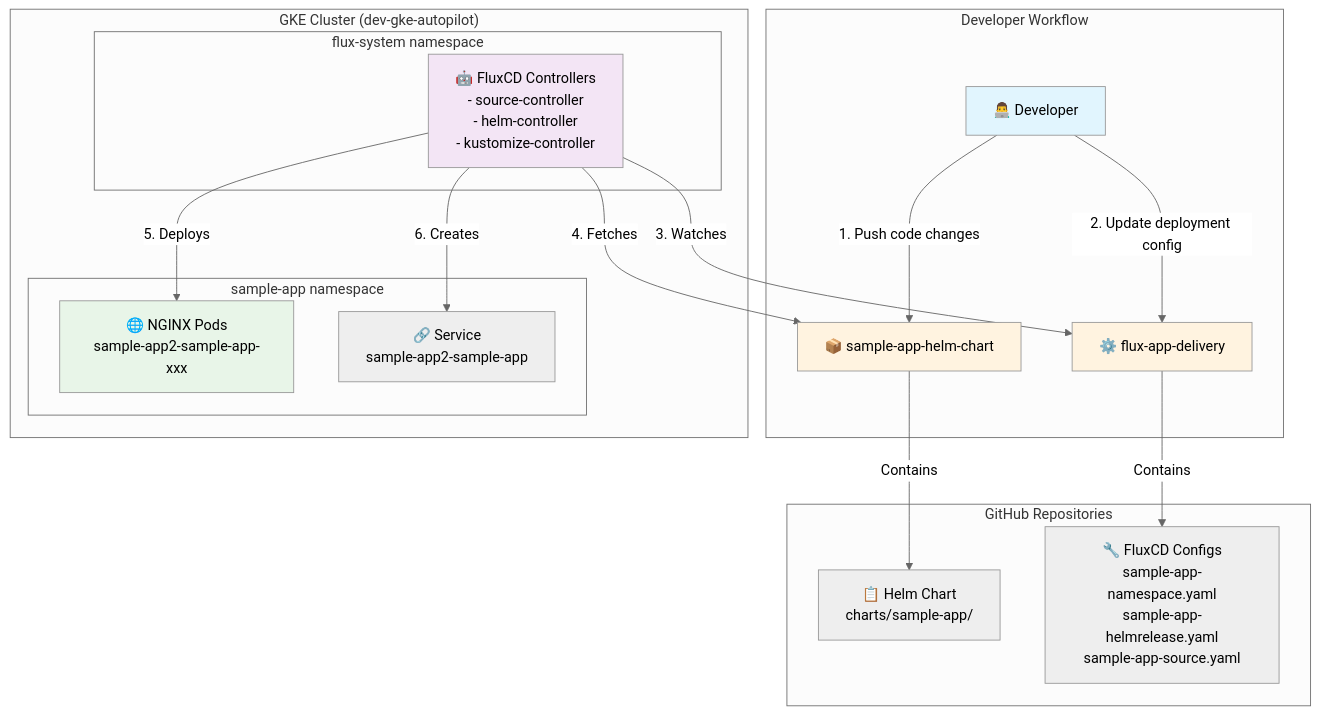
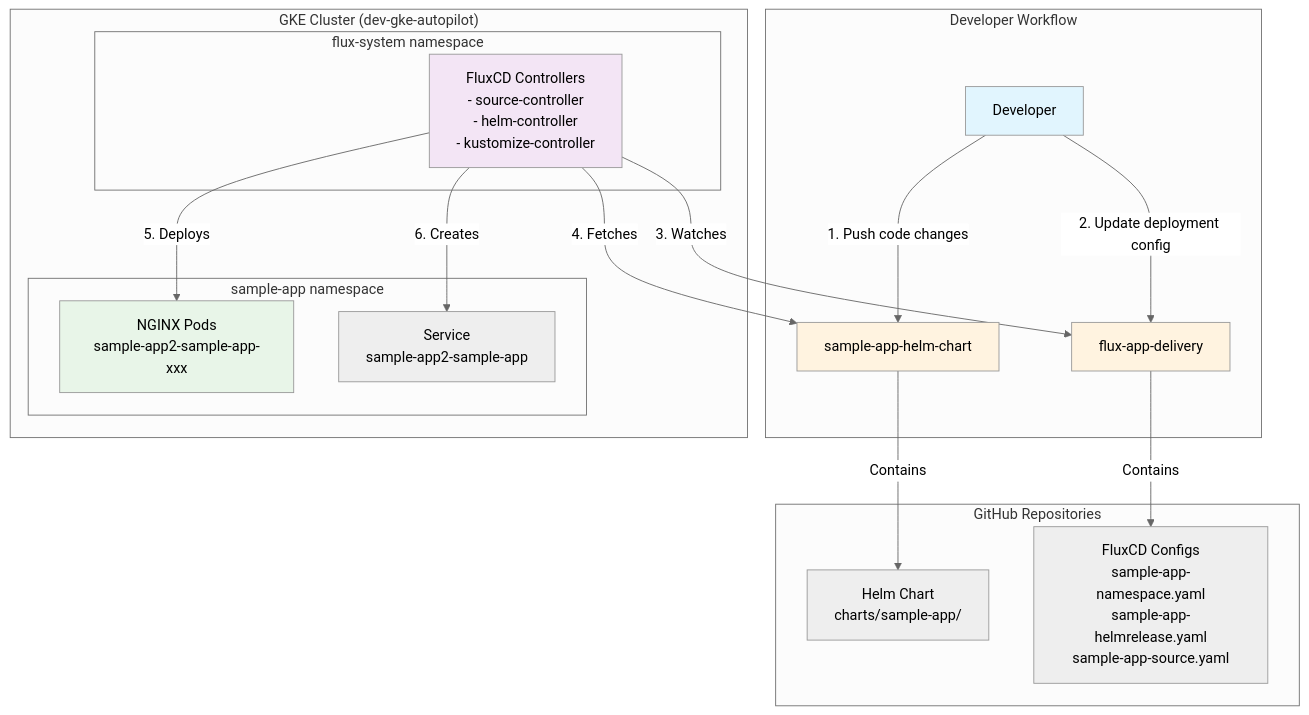
The first of 4 diagrams in demo-diagrams/gitops-workflow.md (paraskanwarit/fluxcd-gitops), drawn with Mermaid (neutral theme) before and after one commit. The commit also changed other lines of this file and 4 other files, not shown here.

````diff
--- a/demo-diagrams/gitops-workflow.md
+++ b/demo-diagrams/gitops-workflow.md
@@ -5,34 +5,34 @@
 ```mermaid
 graph TB
     subgraph "Developer Workflow"
-        DEV[👨‍💻 Developer] --> |1. Push code changes| HELM_REPO[📦 sample-app-helm-chart]
-        DEV --> |2. Update deployment config| FLUX_REPO[⚙️ flux-app-delivery]
+        DEV[Developer] --> |1. Push code changes| HELM_REPO[sample-app-helm-chart]
+        DEV --> |2. Update deployment config| FLUX_REPO[flux-app-delivery]
     end
     
     subgraph "GitHub Repositories"
-        HELM_REPO --> |Contains| HELM_CHART[📋 Helm Chart<br/>charts/sample-app/]
-        FLUX_REPO --> |Contains| FLUX_CONFIG[🔧 FluxCD Configs<br/>sample-app-namespace.yaml<br/>sample-app-helmrelease.yaml<br/>sample-app-source.yaml]
+        HELM_REPO --> |Contains| HELM_CHART[Helm Chart<br/>charts/sample-app/]
+        FLUX_REPO --> |Contains| FLUX_CONFIG[FluxCD Configs<br/>sample-app-namespace.yaml<br/>sample-app-helmrelease.yaml<br/>sample-app-source.yaml]
     end
     
     subgraph "GKE Cluster (dev-gke-autopilot)"
         subgraph "flux-system namespace"
-            FLUX_CONTROLLERS[🤖 FluxCD Controllers<br/>- source-controller<br/>- helm-controller<br/>- kustomize-controller]
+            FLUX_CONTROLLERS[FluxCD Controllers<br/>- source-controller<br/>- helm-controller<br/>- kustomize-controller]
         end
         
         subgraph "sample-app namespace"
-            NGINX_PODS[🌐 NGINX Pods<br/>sample-app2-sample-app-xxx]
-            SVC[🔗 Service<br/>sample-app2-sample-app]
+            NGINX_PODS[NGINX Pods<br/>sample-app2-sample-app-xxx]
+            SVC[Service<br/>sample-app2-sample-app]
         end
     end
     
     FLUX_CONTROLLERS --> |3. Watches| FLUX_REPO
     FLUX_CONTROLLERS --> |4. Fetches| HELM_REPO
     FLUX_CONTROLLERS --> |5. Deploys| NGINX_PODS
     FLUX_CONTROLLERS --> |6. Creates| SVC
     
     style DEV fill:#e1f5fe
     style FLUX_CONTROLLERS fill:#f3e5f5
     style NGINX_PODS fill:#e8f5e8
     style HELM_REPO fill:#fff3e0
     style FLUX_REPO fill:#fff3e0
 ```
````
